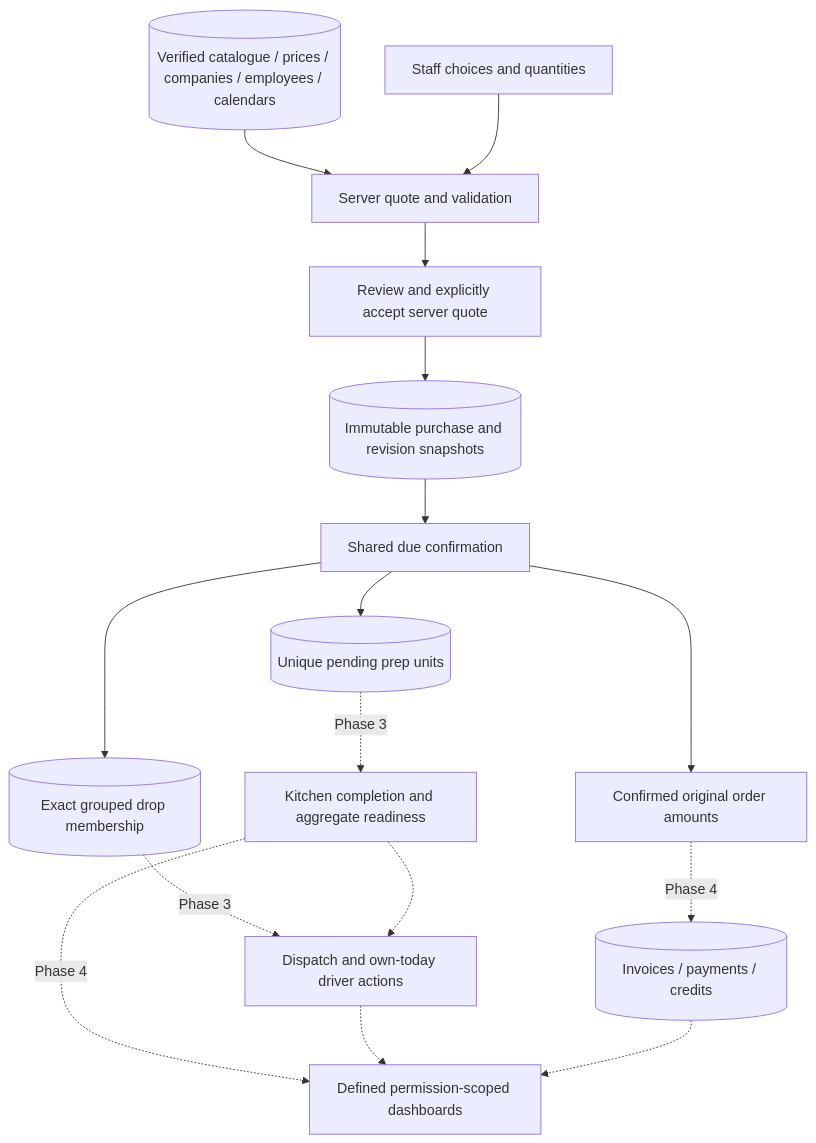
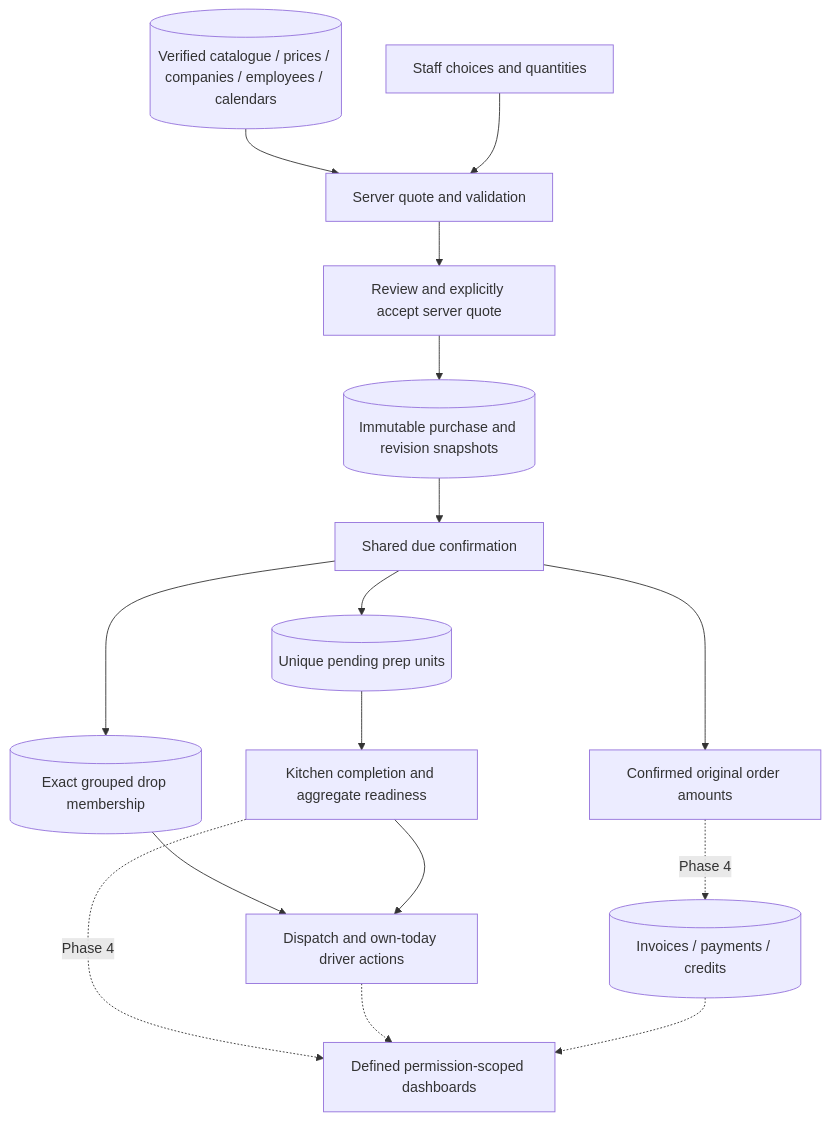
The ninth of 9 diagrams in docs/diagrams.md (dishitabuilds/fernleaf-kitchen), drawn with Mermaid before and after one commit. The commit also changed other lines of this file and 59 other files, not shown here.

Commit message:
feat(phase-3): complete kitchen and delivery workflow

````diff
--- a/docs/diagrams.md
+++ b/docs/diagrams.md
@@ -194,18 +190,18 @@
 ```mermaid
 flowchart TB
     Config[(Verified catalogue / prices / companies / employees / calendars)] --> Resolve[Server quote and validation]
     Choices[Staff choices and quantities] --> Resolve
     Resolve --> Accept[Review and explicitly accept server quote]
     Accept --> Purchase[(Immutable purchase and revision snapshots)]
     Purchase --> Cutoff[Shared due confirmation]
     Cutoff --> Prep[(Unique pending prep units)]
     Cutoff --> Drop[(Exact grouped drop membership)]
     Cutoff --> Billable[Confirmed original order amounts]
-    Prep -. Phase 3 .-> Kitchen[Kitchen completion and aggregate readiness]
-    Drop -. Phase 3 .-> Delivery[Dispatch and own-today driver actions]
-    Kitchen -.-> Delivery
+    Prep --> Kitchen[Kitchen completion and aggregate readiness]
+    Drop --> Delivery[Dispatch and own-today driver actions]
+    Kitchen --> Delivery
     Billable -. Phase 4 .-> Invoice[(Invoices / payments / credits)]
     Kitchen -. Phase 4 .-> Dashboard[Defined permission-scoped dashboards]
     Delivery -.-> Dashboard
     Invoice -.-> Dashboard
 ```
````
